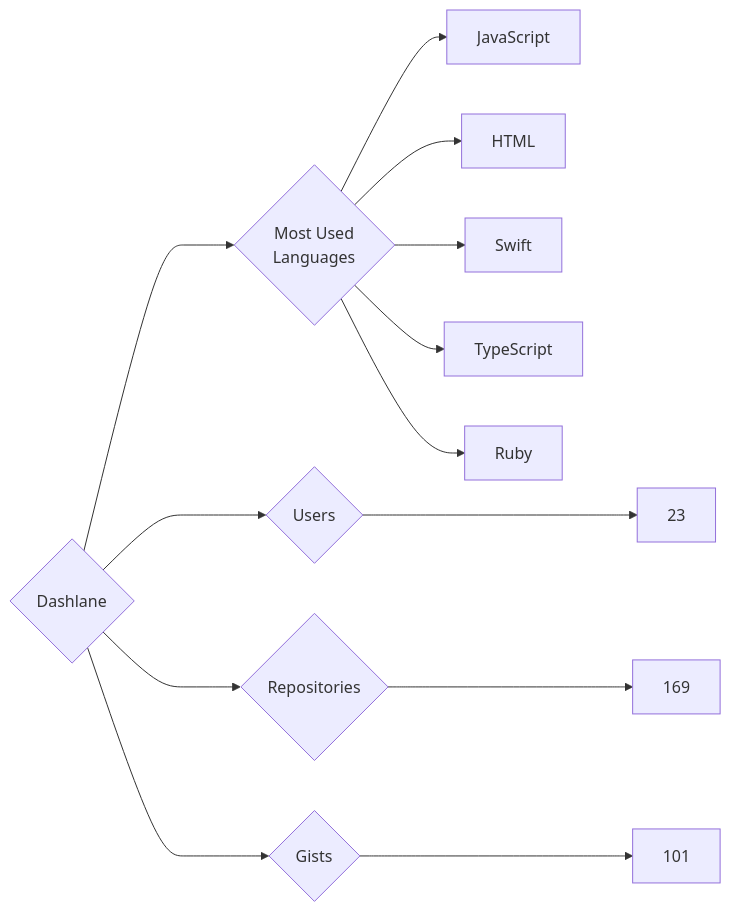
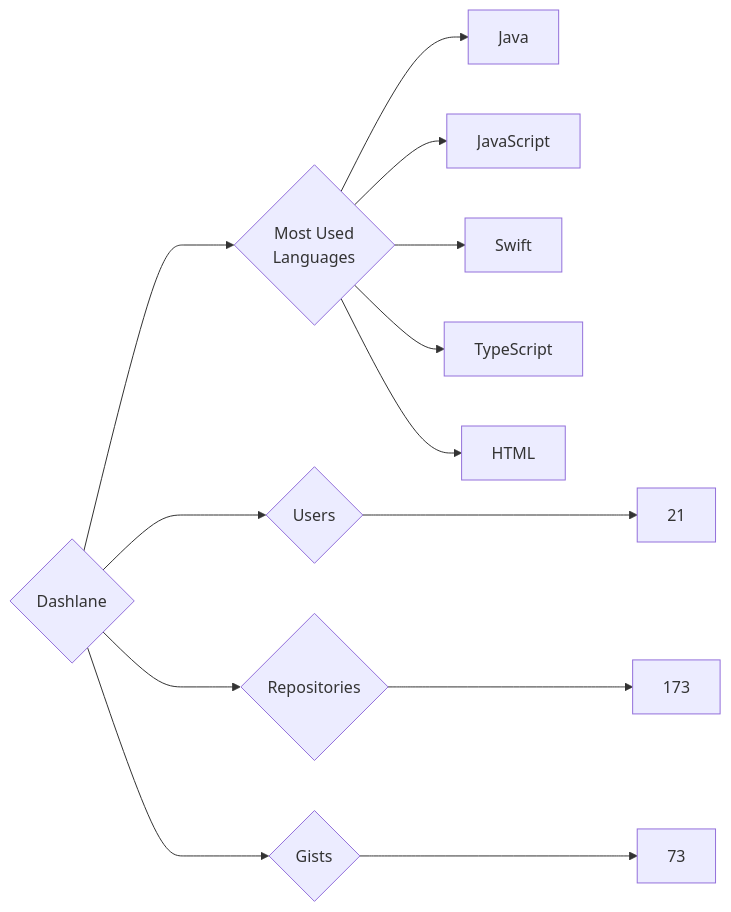
Before and after one commit to trickest/insiders: the diagram in targets/Dashlane/README.md, drawn with Mermaid. The commit also changed 782 other files, not shown here.

````diff
--- a/targets/Dashlane/README.md
+++ b/targets/Dashlane/README.md
@@ -3,13 +3,13 @@
 ```mermaid
 graph LR
 COMPANY_NAME{Dashlane}
-COMPANY_NAME ---> U{Users} ---> UN[23]
-COMPANY_NAME ---> R{Repositories} ---> RN[169]
-COMPANY_NAME ---> G{Gists} ---> GN[101]
+COMPANY_NAME ---> U{Users} ---> UN[21]
+COMPANY_NAME ---> R{Repositories} ---> RN[173]
+COMPANY_NAME ---> G{Gists} ---> GN[73]
 COMPANY_NAME ---> ML{Most Used<br>Languages}
+ML --> Java[Java]
 ML --> JavaScript[JavaScript]
-ML --> HTML[HTML]
 ML --> Swift[Swift]
 ML --> TypeScript[TypeScript]
-ML --> Ruby[Ruby]
+ML --> HTML[HTML]
 ```
````
